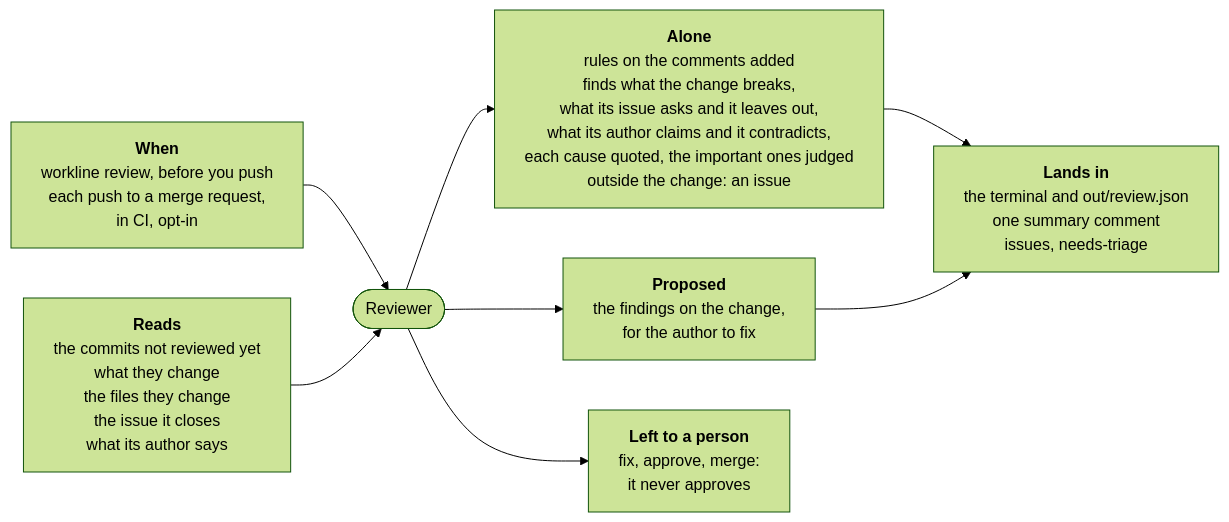
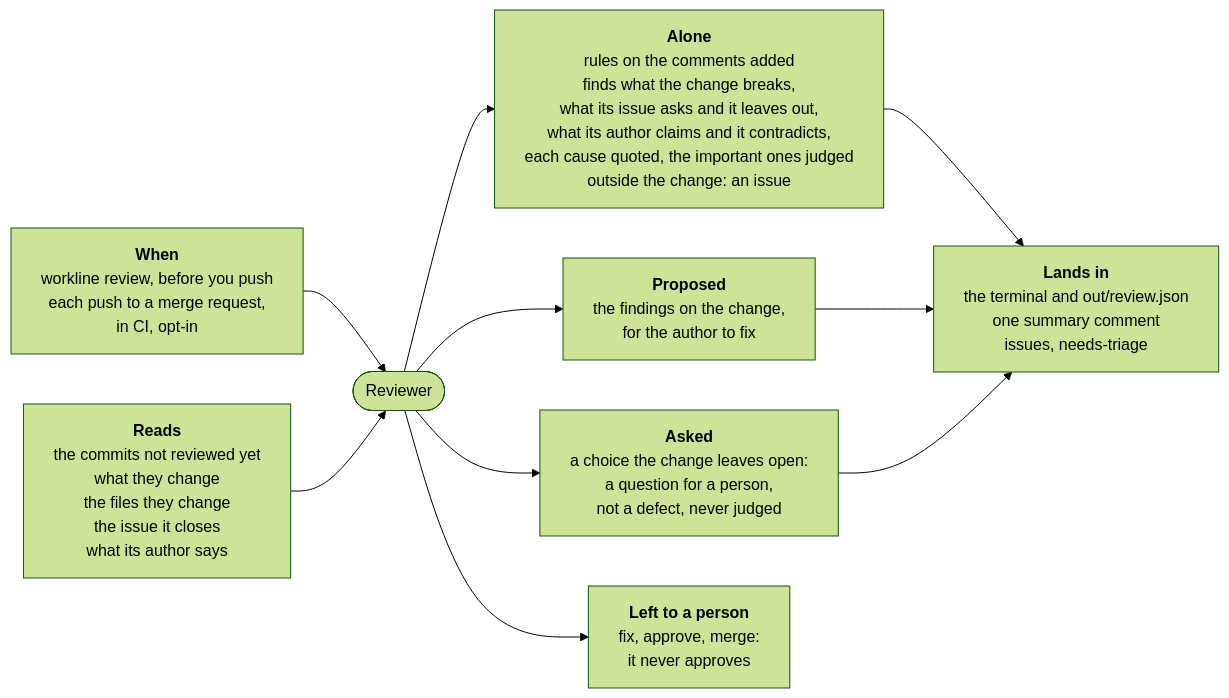
One commit to JN0V/workline changed the diagram in roles/reviewer/README.md. Above: the diagram before and after it, drawn with Mermaid (forest theme). The commit also changed other lines of this file and 19 other files, not shown here.

Commit message:
feat(reviewer): put a decision to a person as a question (#241)

````diff
--- a/roles/reviewer/README.md
+++ b/roles/reviewer/README.md
@@ -8,16 +8,18 @@
 ```mermaid
 %%{init: {"flowchart": {"wrappingWidth": 400}}}%%
 flowchart LR
   when["<b>When</b><br/>workline review, before you push<br/>each push to a merge request,<br/>in CI, opt-in"]
   reads["<b>Reads</b><br/>the commits not reviewed yet<br/>what they change<br/>the files they change<br/>the issue it closes<br/>what its author says"]
   role(["Reviewer"])
   alone["<b>Alone</b><br/>rules on the comments added<br/>finds what the change breaks,<br/>what its issue asks and it leaves out,<br/>what its author claims and it contradicts,<br/>each cause quoted, the important ones judged<br/>outside the change: an issue"]
   proposed["<b>Proposed</b><br/>the findings on the change,<br/>for the author to fix"]
+  asked["<b>Asked</b><br/>a choice the change leaves open:<br/>a question for a person,<br/>not a defect, never judged"]
   person["<b>Left to a person</b><br/>fix, approve, merge:<br/>it never approves"]
   out["<b>Lands in</b><br/>the terminal and out/review.json<br/>one summary comment<br/>issues, needs-triage"]
   when --> role
   reads --> role
   role --> alone --> out
   role --> proposed --> out
+  role --> asked --> out
   role --> person
 ```
````
